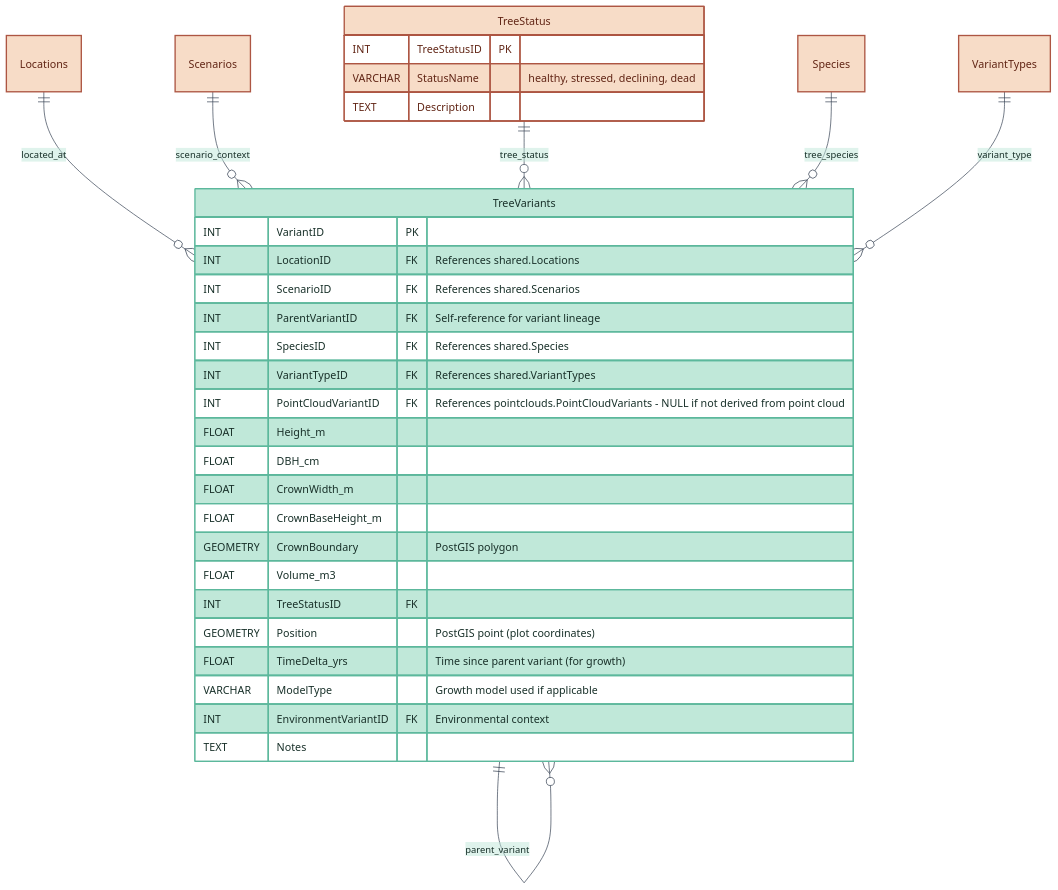
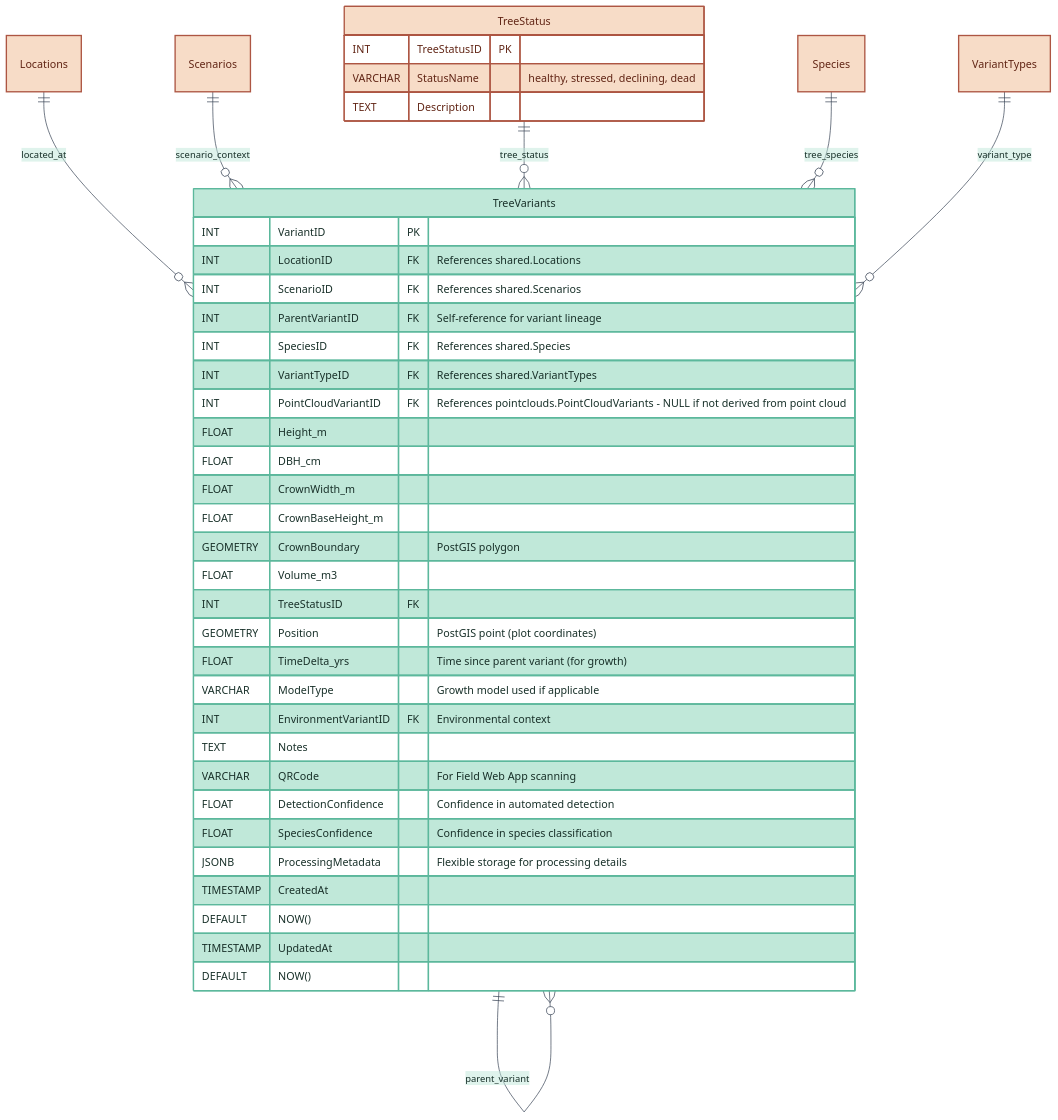
One commit to XRFutureForests/digital-twin-db changed the fourth of 6 diagrams in docs/architecture/database.md. Above: the diagram before and after it, drawn with Mermaid. The commit also changed other lines of this file, not shown here.

Commit message:
updates database diagrams

````diff
--- a/docs/architecture/database.md
+++ b/docs/architecture/database.md
@@ -229,68 +237,74 @@
 ```mermaid
 %%{
   init: {
     'theme': 'base',
     'themeVariables': {
       'background': '#FFFFFF',
       'fontFamily': 'verdana',
       'lineColor': '#313d4f',
       'primaryColor': '#8cdbc0',
       'primaryTextColor': '#183029',
       'primaryBorderColor': '#265e4d',
       'secondaryColor': '#71a897',
       'secondaryTextColor': '#183029',
       'secondaryBorderColor': '#458875',
       'tertiaryColor': '#c0e8d9',
       'tertiaryTextColor': '#183029',
       'tertiaryBorderColor': '#5cb89c'
     }
   }
 }%%
 erDiagram
     Locations
     Species
     VariantTypes
     Scenarios
 
     TreeStatus {
         INT TreeStatusID PK
         VARCHAR StatusName "healthy, stressed, declining, dead"
         TEXT Description
     }
 
     TreeVariants {
         INT VariantID PK
         INT LocationID FK "References shared.Locations"
         INT ScenarioID FK "References shared.Scenarios"
         INT ParentVariantID FK "Self-reference for variant lineage"
         INT SpeciesID FK "References shared.Species"
         INT VariantTypeID FK "References shared.VariantTypes"
         INT PointCloudVariantID FK "References pointclouds.PointCloudVariants - NULL if not derived from point cloud"
         FLOAT Height_m
         FLOAT DBH_cm
         FLOAT CrownWidth_m
         FLOAT CrownBaseHeight_m
         GEOMETRY CrownBoundary "PostGIS polygon"
         FLOAT Volume_m3
         INT TreeStatusID FK
         GEOMETRY Position "PostGIS point (plot coordinates)"
         FLOAT TimeDelta_yrs "Time since parent variant (for growth)"
         VARCHAR ModelType "Growth model used if applicable"
         INT EnvironmentVariantID FK "Environmental context"
         TEXT Notes
+        VARCHAR QRCode "For Field Web App scanning"
+        FLOAT DetectionConfidence "Confidence in automated detection"
+        FLOAT SpeciesConfidence "Confidence in species classification"
+        JSONB ProcessingMetadata "Flexible storage for processing details"
+        TIMESTAMP CreatedAt DEFAULT NOW()
+        TIMESTAMP UpdatedAt DEFAULT NOW()
     }
 
     Locations ||--o{ TreeVariants : located_at
     Scenarios ||--o{ TreeVariants : scenario_context
     TreeStatus ||--o{ TreeVariants : tree_status
     Species ||--o{ TreeVariants : tree_species
     VariantTypes ||--o{ TreeVariants : variant_type
     TreeVariants ||--o{ TreeVariants : parent_variant
 
     %% Table coloring
     classDef refTable fill:#f7dcc7,stroke:#ad5643,stroke-width:2px,color:#612515
     classDef coreTable fill:#c0e8d9,stroke:#5cb89c,stroke-width:2px,color:#183029
     
     class Locations,Species,VariantTypes,Scenarios,TreeStatus refTable
     class TreeVariants coreTable
 ```
````
